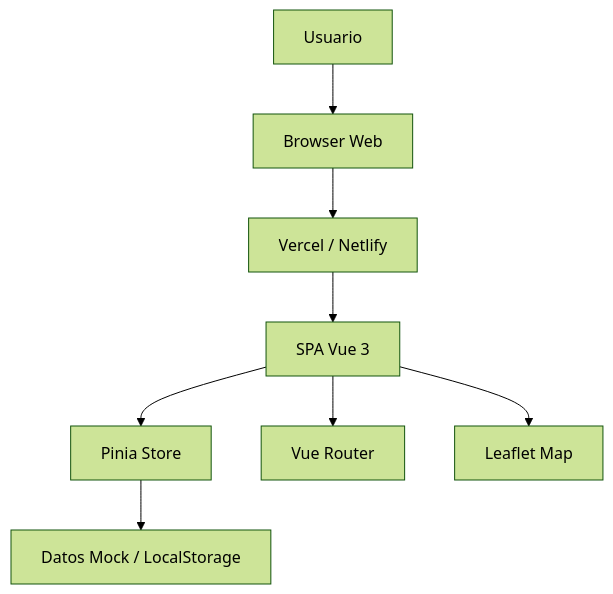
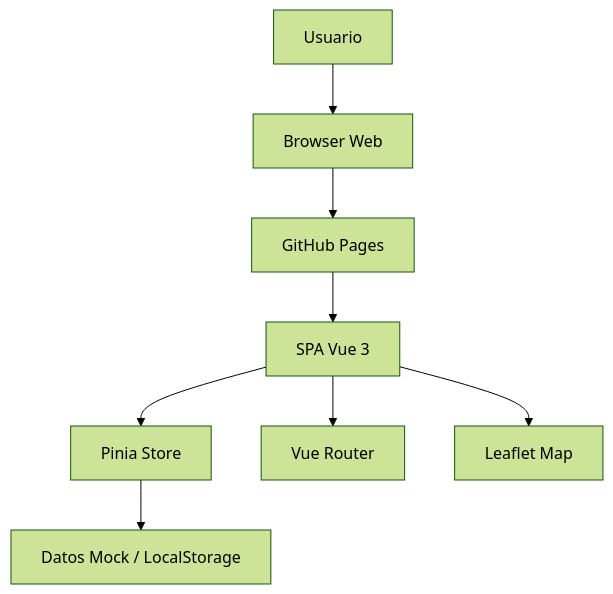
Before and after one commit to beyner62838/Bug-hunters: the second of 3 diagrams in docsHackathon/UML_NODOS.md, drawn with Mermaid (forest theme). The commit also changed other lines of this file, not shown here.

Commit message:
Update UML documentation to reflect GitHub Pages as the hosting solution

````diff
--- a/docsHackathon/UML_NODOS.md
+++ b/docsHackathon/UML_NODOS.md
@@ -75,19 +75,19 @@
 ```mermaid
 flowchart TB
   Client[Usuario]
   Browser[Browser Web]
   ViteApp[SPA Vue 3]
   Store[Pinia Store]
   Router[Vue Router]
   Data[Datos Mock / LocalStorage]
   Leaflet[Leaflet Map]
-  Hosting[Vercel / Netlify]
+  Hosting[GitHub Pages]
 
   Client --> Browser
   Browser --> Hosting
   Hosting --> ViteApp
   ViteApp --> Router
   ViteApp --> Store
   ViteApp --> Leaflet
   Store --> Data
 ```
````
